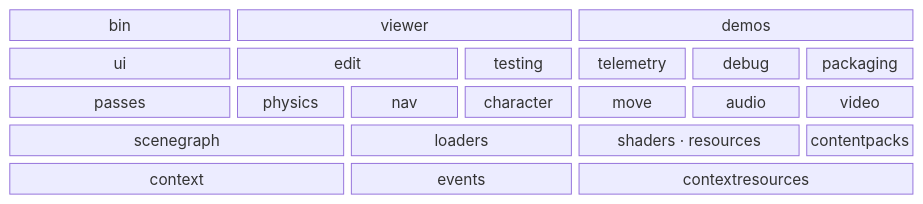
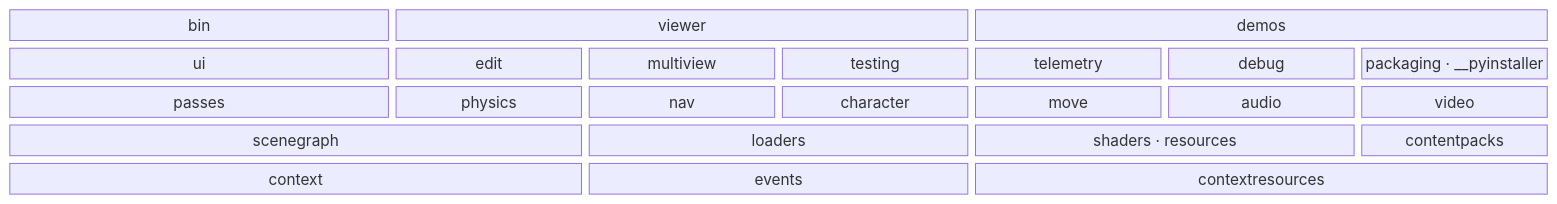
One commit to mcfletch/openglcontext changed the third of 3 diagrams in docs/structure.rst. Above: the diagram before and after it, drawn with Mermaid. The commit also changed other lines of this file and 1 other file, not shown here.

```diff
--- a/docs/structure.rst
+++ b/docs/structure.rst
@@ -120,32 +120,33 @@
 .. mermaid::
 
    block-beta
        columns 8
 
        bin["bin"]:2
        viewer["viewer"]:3
        demos["demos"]:3
 
        ui["ui"]:2
-       edit["edit"]:2
+       edit["edit"]:1
+       multiview["multiview"]:1
        testing["testing"]:1
        telemetry["telemetry"]:1
        debug["debug"]:1
-       packaging["packaging"]:1
+       packaging["packaging · __pyinstaller"]:1
 
        passes["passes"]:2
        physics["physics"]:1
        nav["nav"]:1
        character["character"]:1
        move["move"]:1
        audio["audio"]:1
        video["video"]:1
 
        scenegraph["scenegraph"]:3
        loaders["loaders"]:2
        shaders["shaders · resources"]:2
        contentpacks["contentpacks"]:1
 
        context["context"]:3
        events["events"]:2
        resources["contextresources"]:3
```
